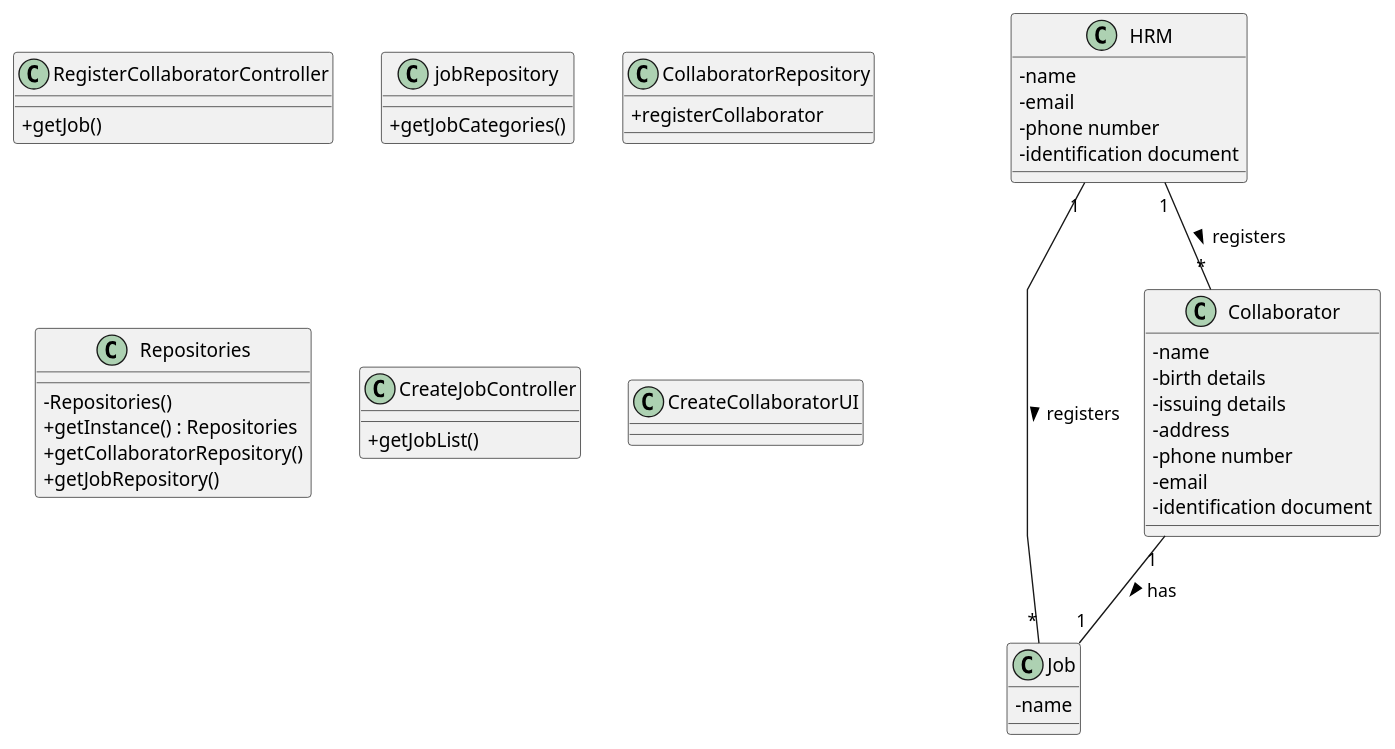
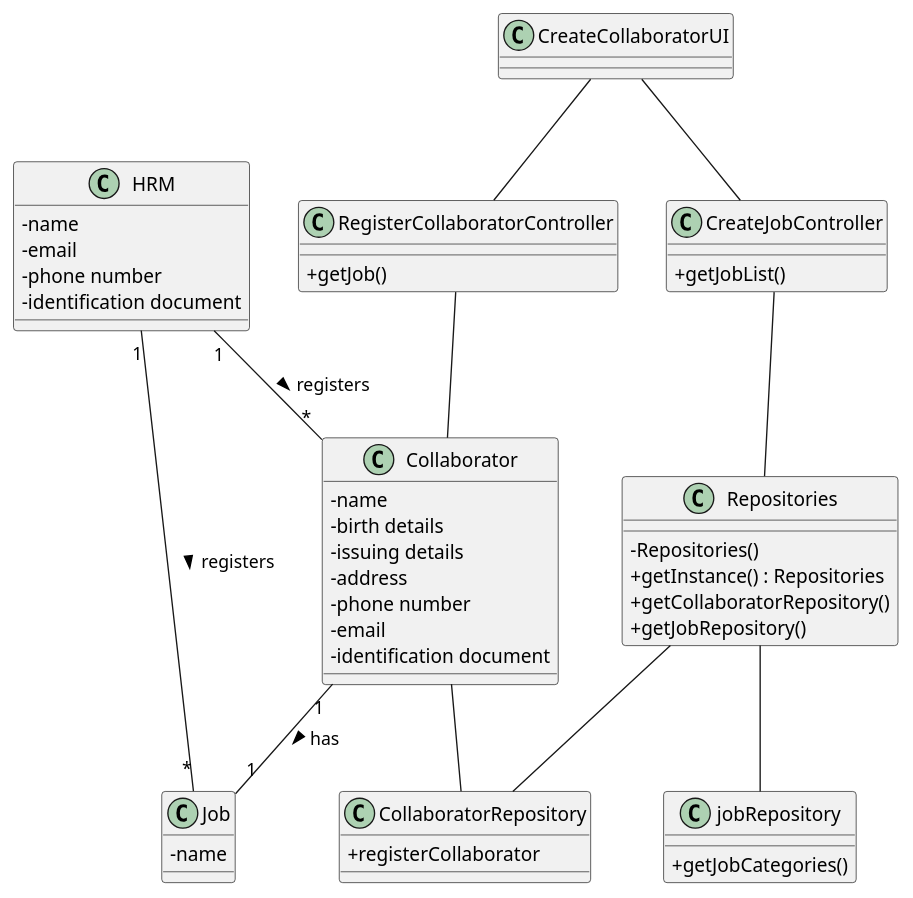
Before and after one commit to Departamento-de-Engenharia-Informatica/lei-24-s2-1dl-g121: the diagram in docs/sprintB/us003/03.design/puml/us003-class-diagram.puml, drawn with PlantUML. The commit also changed 2 other files, not shown here.

Commit message:
class diagram us003

```diff
--- a/docs/sprintB/us003/03.design/puml/us003-class-diagram.puml
+++ b/docs/sprintB/us003/03.design/puml/us003-class-diagram.puml
@@ -1,72 +1,78 @@
 @startuml
 'skinparam monochrome true
 skinparam packageStyle rectangle
 skinparam shadowing false
 skinparam linetype polyline
 'skinparam linetype orto
 
 skinparam classAttributeIconSize 0
 
 'left to right direction
 'COLLABORATOR REPOSITORY JOB REPOSITORY
 
 class HRM{
     -name
     -email
     -phone number
     -identification document
 }
 
 
 class Job{
     -name
 }
 
 class Collaborator{
     -name
     -birth details
     -issuing details
     -address
     -phone number
     -email
     -identification document
 }
 
 class RegisterCollaboratorController{
     +getJob()
 
 }
 
 class jobRepository{
     +getJobCategories()
 }
 
 class CollaboratorRepository{
 
     +registerCollaborator
 }
 
 
 class Repositories {
     - Repositories()
     + getInstance() : Repositories
     + getCollaboratorRepository()
     + getJobRepository()
 }
 
 class CreateJobController {
     + getJobList()
 }
 
 
+
 class CreateCollaboratorUI {
 }
 
-
-
+CreateCollaboratorUI -- CreateJobController
+CreateJobController -- Repositories
+Repositories -- jobRepository
+Repositories --CollaboratorRepository
+RegisterCollaboratorController -- Collaborator
+Collaborator -- CollaboratorRepository
+CreateCollaboratorUI -- RegisterCollaboratorController
 HRM "1" -- "*" Job : registers >
 HRM "1" -- "*" Collaborator : registers >
 Collaborator "1" -- "1" Job : has >
 
 
 @enduml
```
